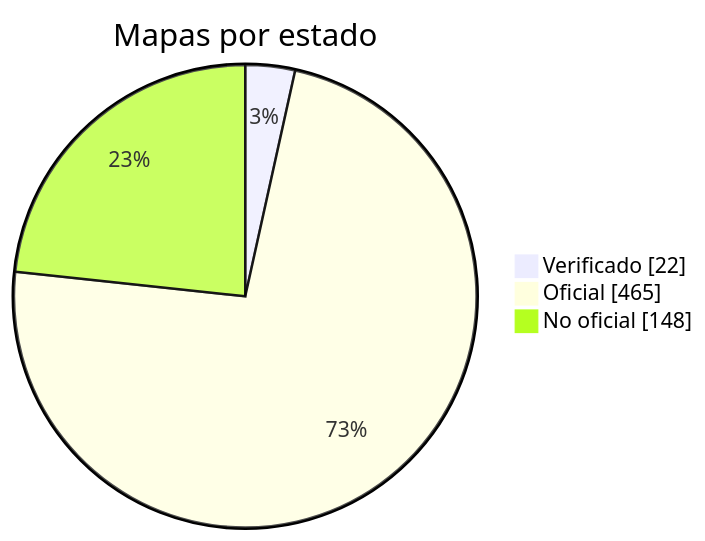
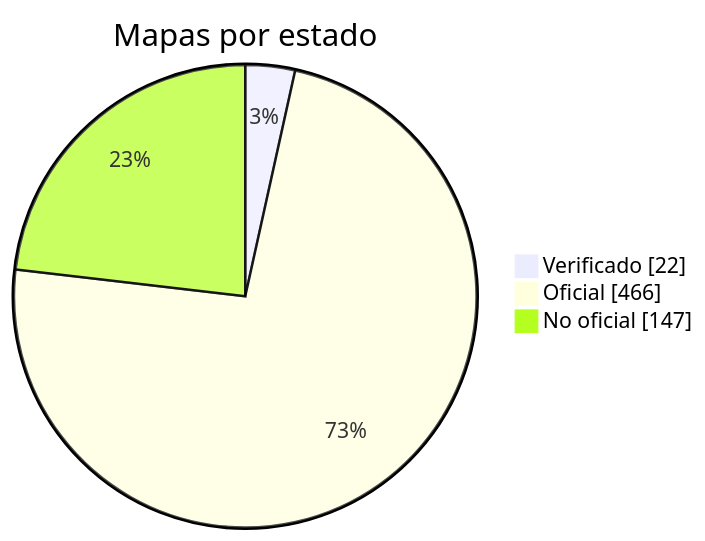
One commit to nobrega8/mbmap-library changed the diagram in docs/readme/README_ES.md. Above: the diagram before and after it, drawn with Mermaid. The commit also changed 6 other files, not shown here.

````diff
--- a/docs/readme/README_ES.md
+++ b/docs/readme/README_ES.md
@@ -54,7 +54,7 @@
 ```mermaid
 pie showData
     title Mapas por estado
     "Verificado" : 22
-    "Oficial" : 465
-    "No oficial" : 148
+    "Oficial" : 466
+    "No oficial" : 147
 ```
````
